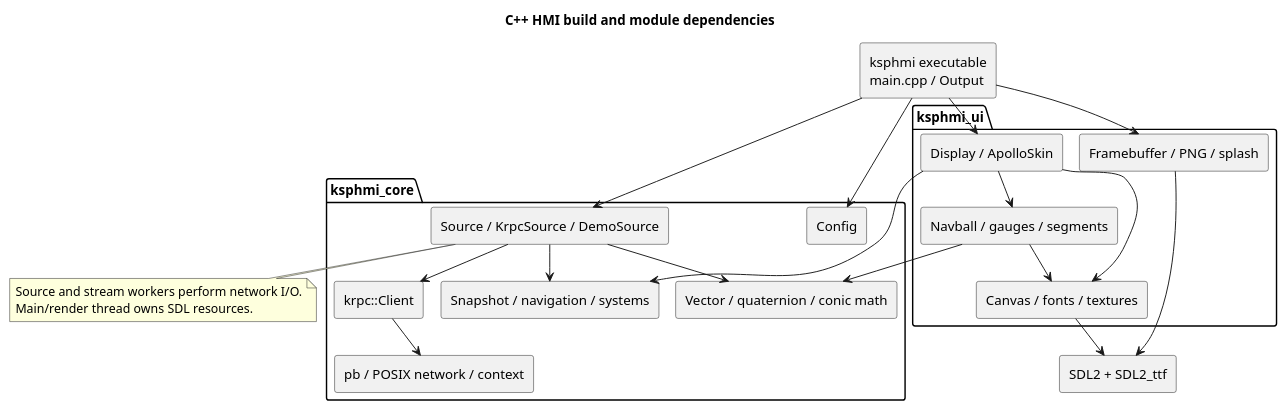
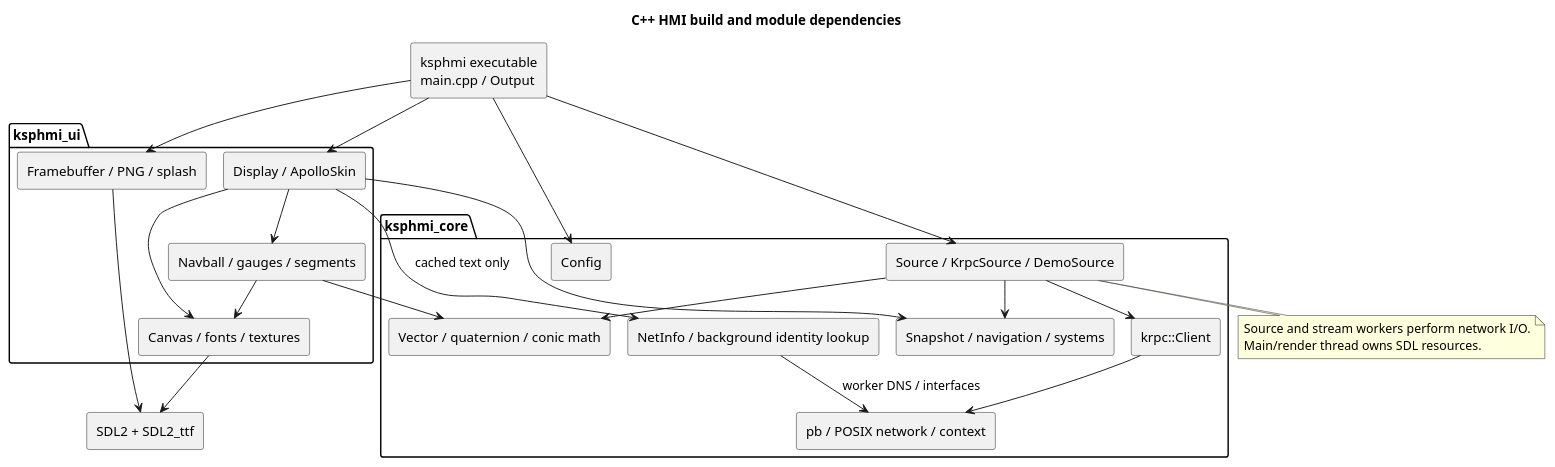
Before and after one commit to AlaNLrdE/KSPKontroller: the diagram in docs/diagrams/components_hmi.puml, drawn with PlantUML. The commit also changed 8 other files, not shown here.

```diff
--- a/docs/diagrams/components_hmi.puml
+++ b/docs/diagrams/components_hmi.puml
@@ -1,37 +1,40 @@
 @startuml components_hmi
 !pragma layout smetana
 title C++ HMI build and module dependencies
 skinparam componentStyle rectangle
 component "ksphmi executable\nmain.cpp / Output" as Main
 package "ksphmi_core" {
   component "Config" as Config
   component "Source / KrpcSource / DemoSource" as Source
   component "Snapshot / navigation / systems" as Model
   component "krpc::Client" as Client
   component "pb / POSIX network / context" as Wire
+  component "NetInfo / background identity lookup" as Identity
   component "Vector / quaternion / conic math" as Math
 }
 package "ksphmi_ui" {
   component "Display / ApolloSkin" as Display
   component "Navball / gauges / segments" as Instruments
   component "Canvas / fonts / textures" as Canvas
   component "Framebuffer / PNG / splash" as Output
 }
 component "SDL2 + SDL2_ttf" as SDL
 Main --> Config
 Main --> Source
 Main --> Display
 Main --> Output
 Source --> Client
 Client --> Wire
 Source --> Model
 Source --> Math
+Display --> Identity : cached text only
+Identity --> Wire : worker DNS / interfaces
 Display --> Model
 Display --> Instruments
 Instruments --> Math
 Display --> Canvas
 Instruments --> Canvas
 Canvas --> SDL
 Output --> SDL
 note bottom of Source : Source and stream workers perform network I/O.\nMain/render thread owns SDL resources.
 @enduml
```
